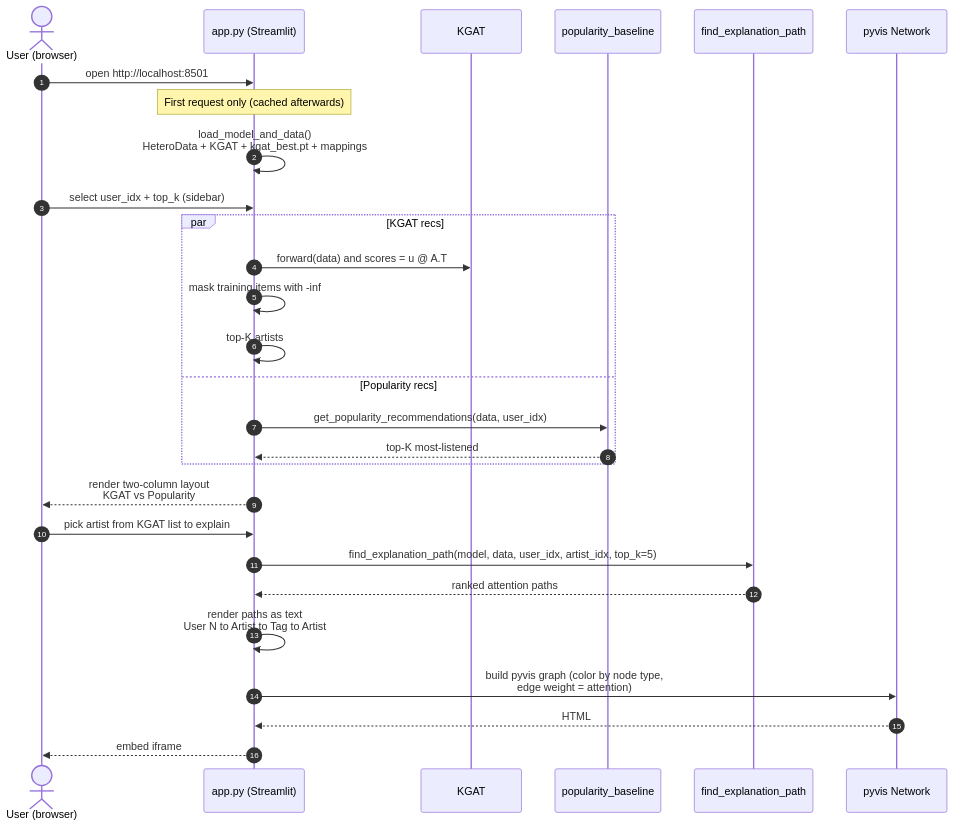
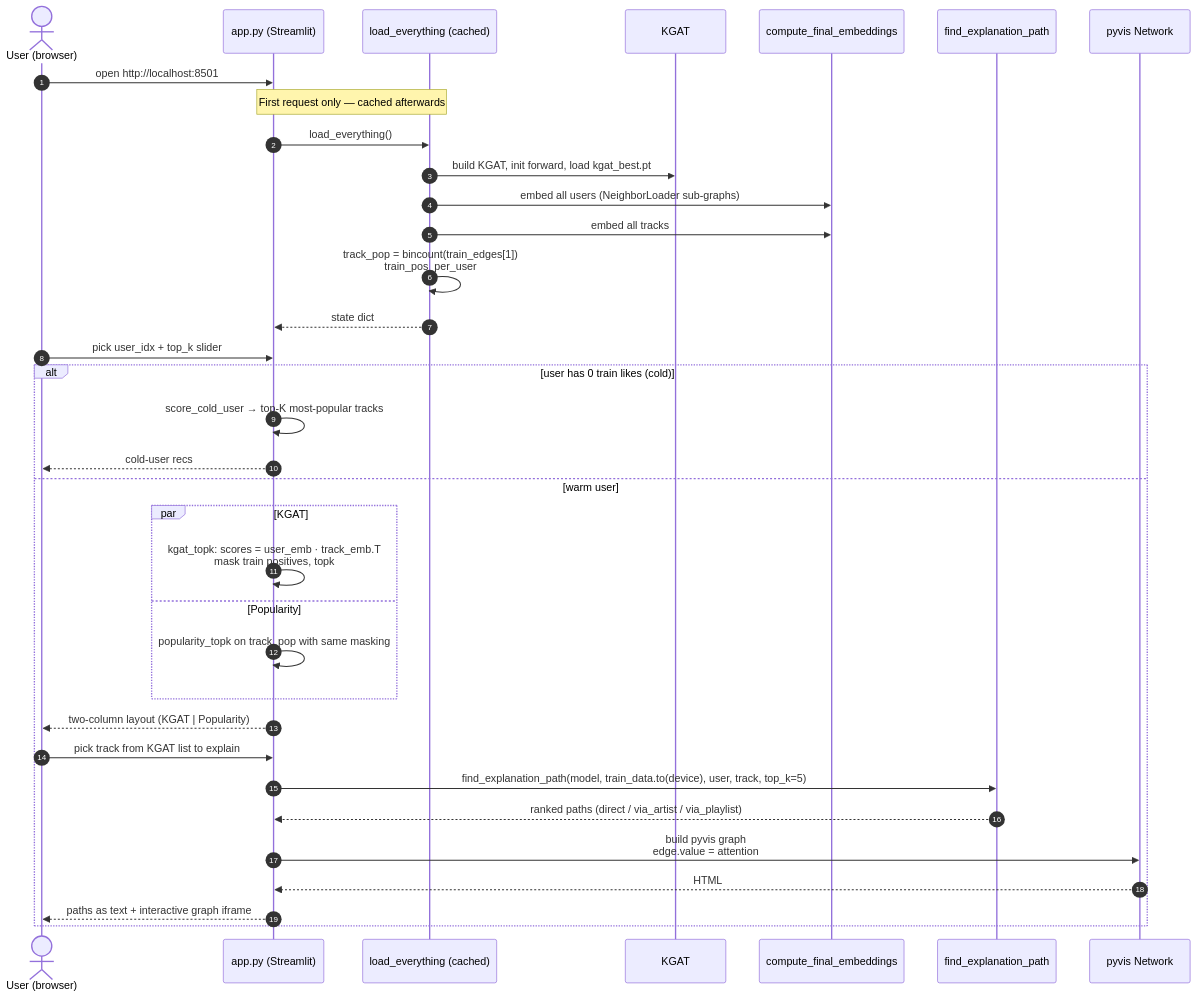
Before and after one commit to ogligorov/kgat-music-recommender: the tenth of 10 diagrams in docs/architecture.md, drawn with Mermaid. The commit also changed other lines of this file and 10 other files, not shown here.

````diff
--- a/docs/architecture.md
+++ b/docs/architecture.md
@@ -404,38 +489,42 @@
 ```mermaid
 sequenceDiagram
     autonumber
     actor Browser as User (browser)
     participant App as app.py (Streamlit)
+    participant LE as load_everything (cached)
     participant M as KGAT
-    participant Pop as popularity_baseline
+    participant CFE as compute_final_embeddings
     participant X as find_explanation_path
     participant Viz as pyvis Network
 
     Browser->>App: open http://localhost:8501
 
-    Note over App: First request only (cached afterwards)
-    App->>App: load_model_and_data()<br/>HeteroData + KGAT + kgat_best.pt + mappings
+    Note over App,LE: First request only — cached afterwards
+    App->>LE: load_everything()
+    LE->>M: build KGAT, init forward, load kgat_best.pt
+    LE->>CFE: embed all users (NeighborLoader sub-graphs)
+    LE->>CFE: embed all tracks
+    LE->>LE: track_pop = bincount(train_edges[1])<br/>train_pos_per_user
+    LE-->>App: state dict
 
-    Browser->>App: select user_idx + top_k (sidebar)
+    Browser->>App: pick user_idx + top_k slider
 
-    par KGAT recs
-        App->>M: forward(data) and scores = u @ A.T
-        App->>App: mask training items with -inf
-        App->>App: top-K artists
-    and Popularity recs
-        App->>Pop: get_popularity_recommendations(data, user_idx)
-        Pop-->>App: top-K most-listened
+    alt user has 0 train likes (cold)
+        App->>App: score_cold_user → top-K most-popular tracks
+        App-->>Browser: cold-user recs
+    else warm user
+        par KGAT
+            App->>App: kgat_topk: scores = user_emb · track_emb.T<br/>mask train positives, topk
+        and Popularity
+            App->>App: popularity_topk on track_pop with same masking
+        end
+        App-->>Browser: two-column layout (KGAT | Popularity)
+
+        Browser->>App: pick track from KGAT list to explain
+        App->>X: find_explanation_path(model, train_data.to(device), user, track, top_k=5)
+        X-->>App: ranked paths (direct / via_artist / via_playlist)
+        App->>Viz: build pyvis graph<br/>edge.value = attention
+        Viz-->>App: HTML
+        App-->>Browser: paths as text + interactive graph iframe
     end
-
-    App-->>Browser: render two-column layout<br/>KGAT vs Popularity
-
-    Browser->>App: pick artist from KGAT list to explain
-
-    App->>X: find_explanation_path(model, data, user_idx, artist_idx, top_k=5)
-    X-->>App: ranked attention paths
-
-    App->>App: render paths as text<br/>User N to Artist to Tag to Artist
-    App->>Viz: build pyvis graph (color by node type,<br/>edge weight = attention)
-    Viz-->>App: HTML
-    App-->>Browser: embed iframe
 ```
````
